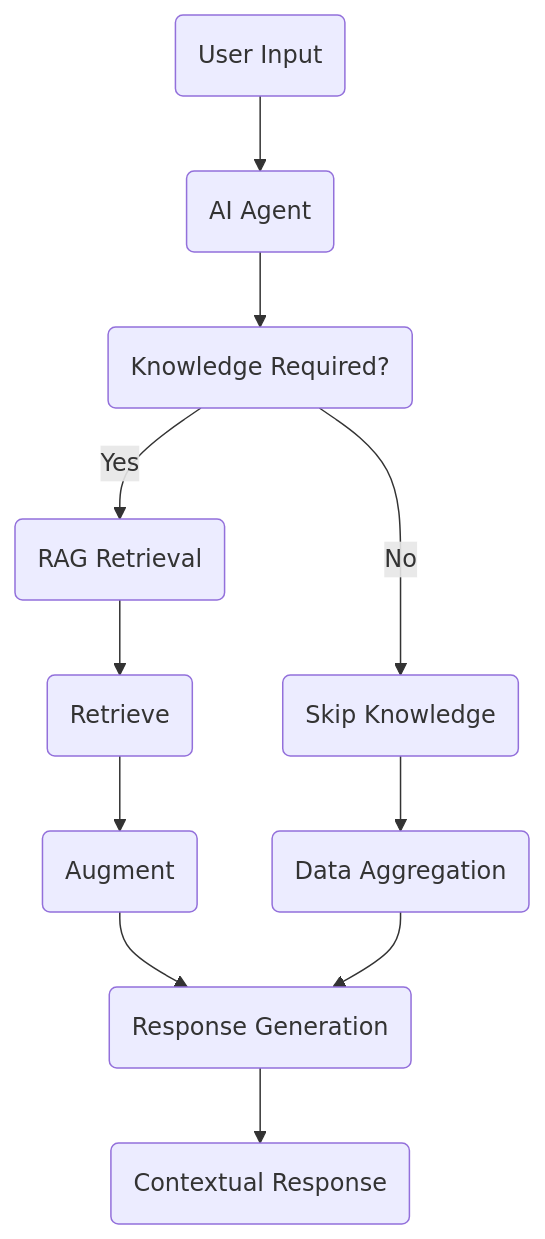
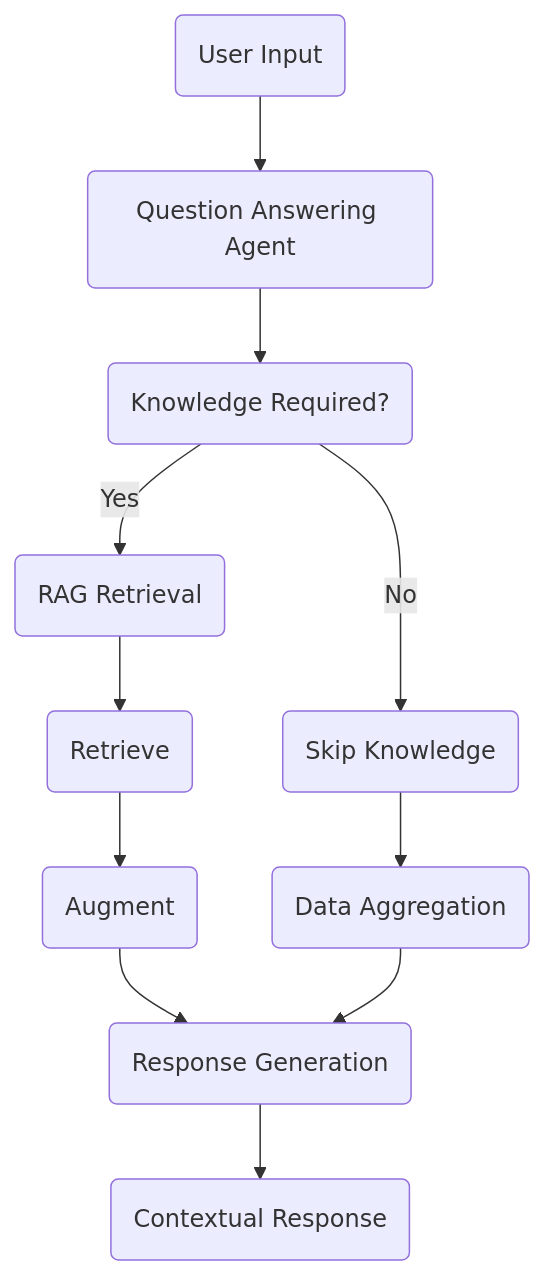
Before and after one commit to VENUCODE/docs: the second of 2 diagrams in platform-fundamentals/how-tars-works.mdx, drawn with Mermaid. The commit also changed other lines of this file and 37 other files, not shown here.

````diff
--- a/platform-fundamentals/how-tars-works.mdx
+++ b/platform-fundamentals/how-tars-works.mdx
@@ -71,17 +71,17 @@
 ```mermaid
 flowchart TD
-    A(User Input) --> B(AI Agent)
+    A(User Input) --> B(Question Answering Agent)
 
     B --> C(Knowledge Required?)
 
     C -->|Yes| D(RAG Retrieval)
     C -->|No| E(Skip Knowledge)
 
     D --> F(Retrieve)
     F --> G(Augment)
     G --> K(Response Generation)
     K --> I(Contextual Response)
 
     E --> J(Data Aggregation)
     J --> K(Response Generation)
 ```
````
